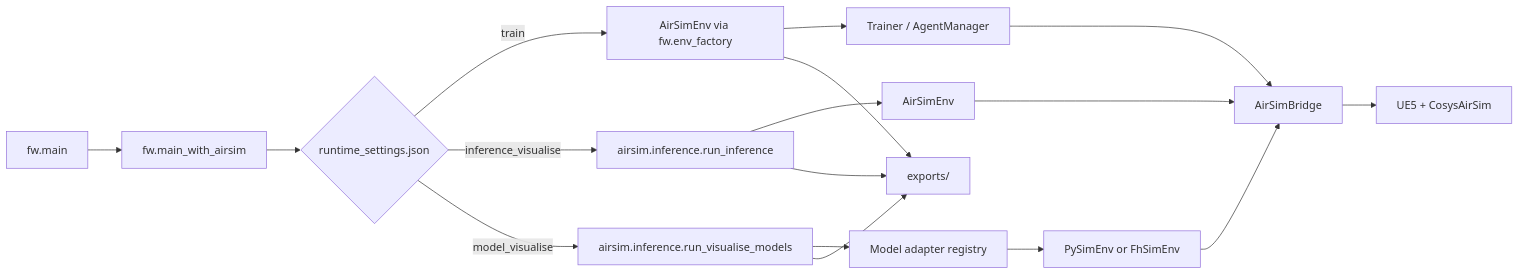
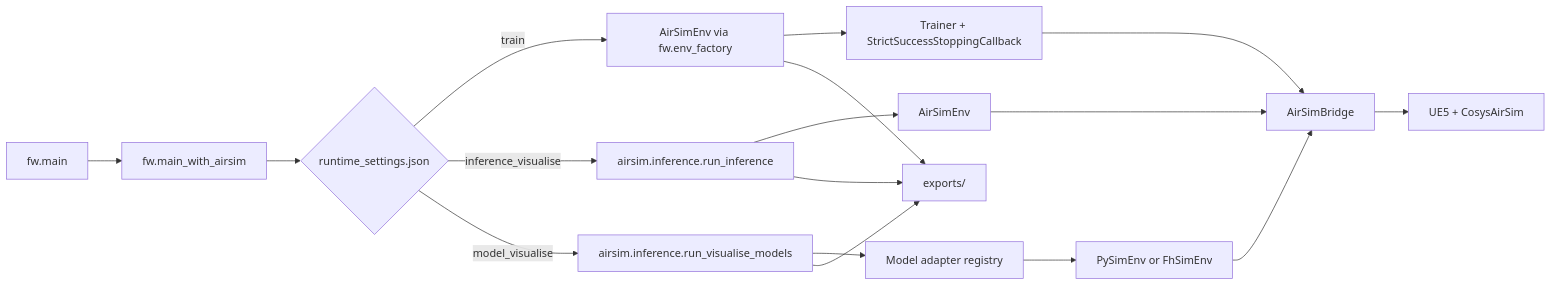
The first of 2 diagrams in src/airsim/README.md (UAntwerpM4S/RudoLF), drawn with Mermaid before and after one commit. The commit also changed other lines of this file and 4 other files, not shown here.

````diff
--- a/src/airsim/README.md
+++ b/src/airsim/README.md
@@ -41,23 +41,23 @@
 ```mermaid
 flowchart LR
     A["fw.main"] --> B["fw.main_with_airsim"]
     B --> C{"runtime_settings.json"}
 
     C -->|train| D["AirSimEnv via fw.env_factory"]
-    D --> E["Trainer / AgentManager"]
+    D --> E["Trainer + StrictSuccessStoppingCallback"]
     E --> F["AirSimBridge"]
     F --> G["UE5 + CosysAirSim"]
 
     C -->|inference_visualise| H["airsim.inference.run_inference"]
     H --> I["AirSimEnv"]
     I --> F
 
     C -->|model_visualise| J["airsim.inference.run_visualise_models"]
     J --> K["Model adapter registry"]
     K --> L["PySimEnv or FhSimEnv"]
     L --> F
 
     H --> M["exports/<session>"]
     J --> M
     D --> M
 ```
````
